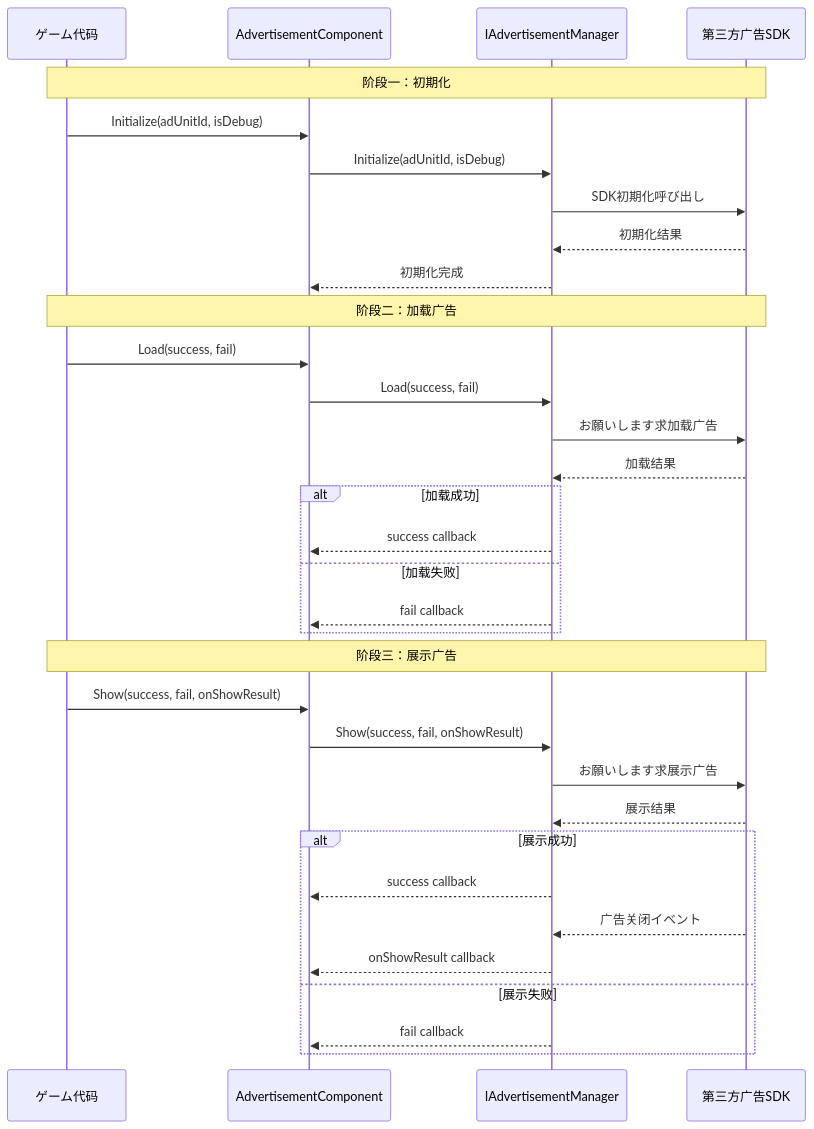
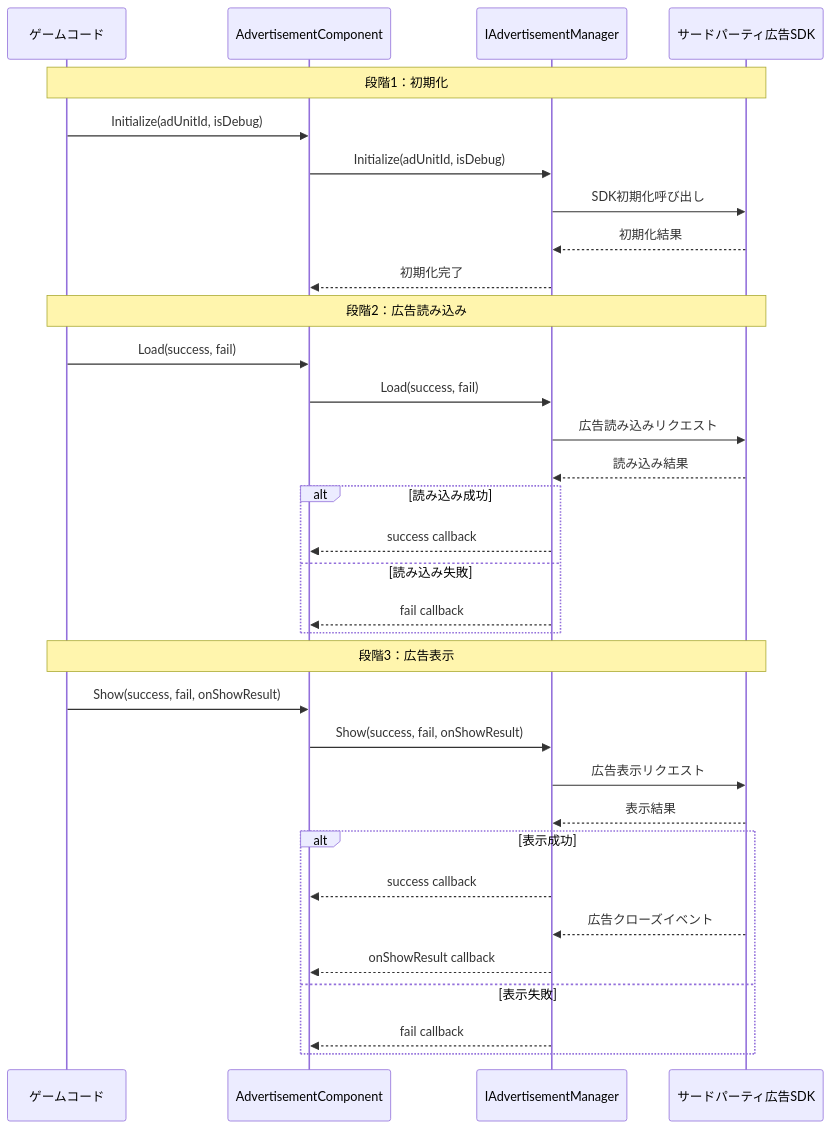
Before and after one commit to AlianBlank/GameFrameX.Docs: the second of 2 diagrams in docs/ja/client/unity/component/advertisement/01.overview.md, drawn with Mermaid. The commit also changed other lines of this file and 320 other files, not shown here.

````diff
--- a/docs/ja/client/unity/component/advertisement/01.overview.md
+++ b/docs/ja/client/unity/component/advertisement/01.overview.md
@@ -99,38 +99,38 @@
 ```mermaid
 sequenceDiagram
-    participant Game as ゲーム代码
+    participant Game as ゲームコード
     participant AdComp as AdvertisementComponent
     participant AdMgr as IAdvertisementManager
-    participant SDK as 第三方广告SDK
+    participant SDK as サードパーティ広告SDK
 
-    Note over Game,SDK: 阶段一：初期化
+    Note over Game,SDK: 段階1：初期化
     Game->>AdComp: Initialize(adUnitId, isDebug)
     AdComp->>AdMgr: Initialize(adUnitId, isDebug)
     AdMgr->>SDK: SDK初期化呼び出し
-    SDK-->>AdMgr: 初期化结果
-    AdMgr-->>AdComp: 初期化完成
+    SDK-->>AdMgr: 初期化結果
+    AdMgr-->>AdComp: 初期化完了
 
-    Note over Game,SDK: 阶段二：加载广告
+    Note over Game,SDK: 段階2：広告読み込み
     Game->>AdComp: Load(success, fail)
     AdComp->>AdMgr: Load(success, fail)
-    AdMgr->>SDK: お願いします求加载广告
-    SDK-->>AdMgr: 加载结果
-    alt 加载成功
+    AdMgr->>SDK: 広告読み込みリクエスト
+    SDK-->>AdMgr: 読み込み結果
+    alt 読み込み成功
         AdMgr-->>AdComp: success callback
-    else 加载失败
+    else 読み込み失敗
         AdMgr-->>AdComp: fail callback
     end
 
-    Note over Game,SDK: 阶段三：展示广告
+    Note over Game,SDK: 段階3：広告表示
     Game->>AdComp: Show(success, fail, onShowResult)
     AdComp->>AdMgr: Show(success, fail, onShowResult)
-    AdMgr->>SDK: お願いします求展示广告
-    SDK-->>AdMgr: 展示结果
-    alt 展示成功
+    AdMgr->>SDK: 広告表示リクエスト
+    SDK-->>AdMgr: 表示結果
+    alt 表示成功
         AdMgr-->>AdComp: success callback
-        SDK-->>AdMgr: 广告关闭イベント
+        SDK-->>AdMgr: 広告クローズイベント
         AdMgr-->>AdComp: onShowResult callback
-    else 展示失败
+    else 表示失敗
         AdMgr-->>AdComp: fail callback
     end
 ```
````
